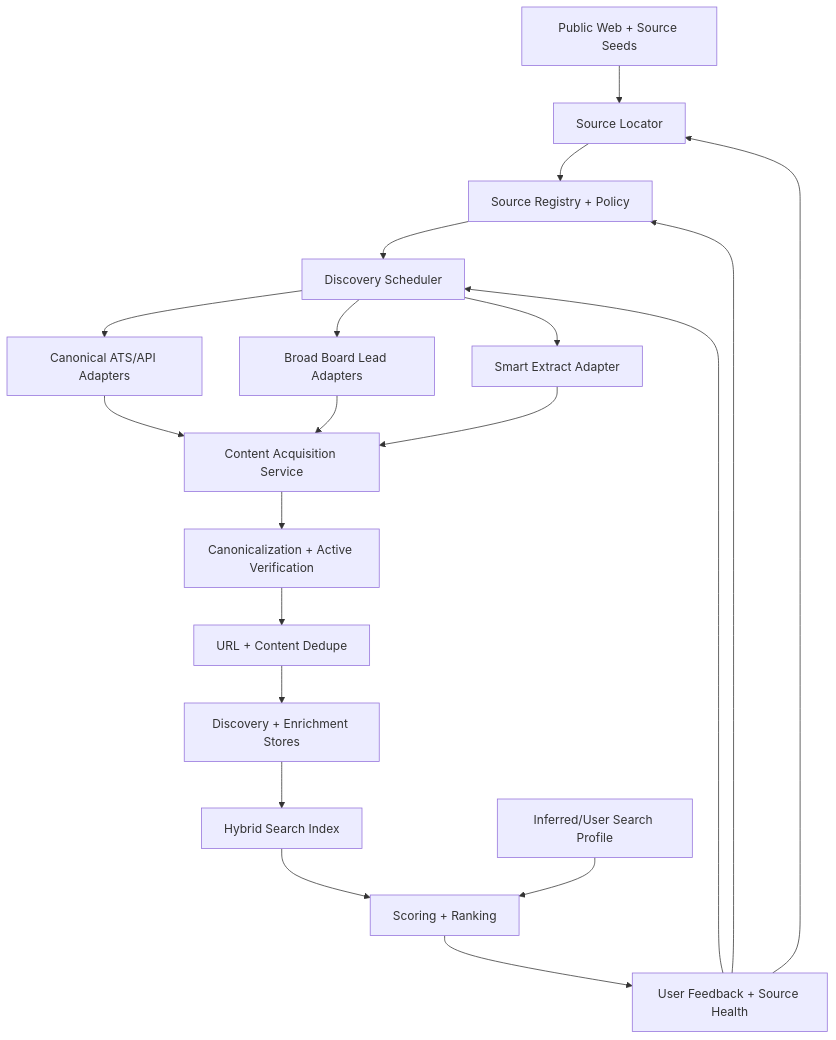
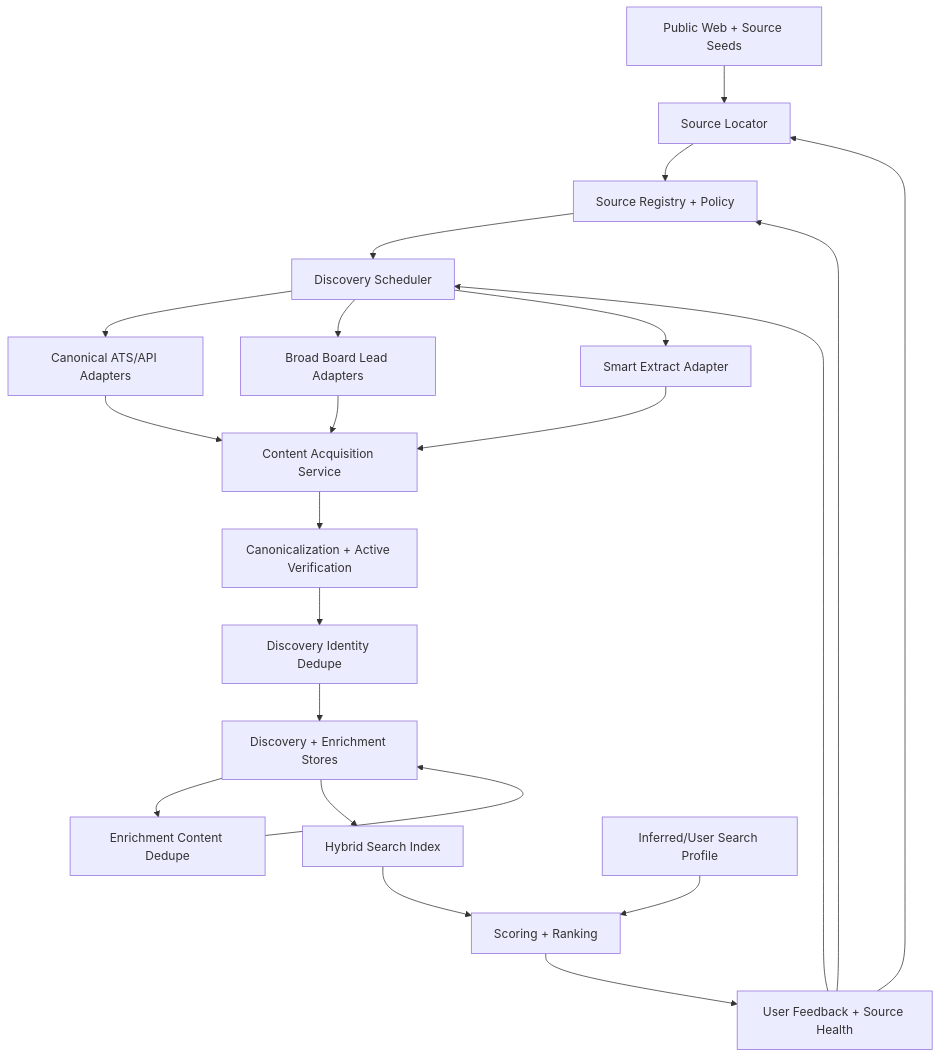
Before and after one commit to ebarti/JobCtrl: the diagram in docs/plans/proposed/2026-05-12-job-search-discovery-rfc.md, drawn with Mermaid. The commit also changed other lines of this file, not shown here.

````diff
--- a/docs/plans/proposed/2026-05-12-job-search-discovery-rfc.md
+++ b/docs/plans/proposed/2026-05-12-job-search-discovery-rfc.md
@@ -290,38 +290,41 @@
 ```mermaid
 flowchart TD
     Seeds["Public Web + Source Seeds"]
     Locator["Source Locator"]
     Registry["Source Registry + Policy"]
     Scheduler["Discovery Scheduler"]
     ATS["Canonical ATS/API Adapters"]
     Boards["Broad Board Lead Adapters"]
     Smart["Smart Extract Adapter"]
     Acquire["Content Acquisition Service"]
     Canon["Canonicalization + Active Verification"]
-    Dedup["URL + Content Dedupe"]
+    IdentityDedup["Discovery Identity Dedupe"]
+    ContentDedup["Enrichment Content Dedupe"]
     Store["Discovery + Enrichment Stores"]
     Index["Hybrid Search Index"]
     Profile["Inferred/User Search Profile"]
     Score["Scoring + Ranking"]
     Feedback["User Feedback + Source Health"]
 
     Seeds --> Locator
     Locator --> Registry
     Registry --> Scheduler
     Scheduler --> ATS
     Scheduler --> Boards
     Scheduler --> Smart
     ATS --> Acquire
     Boards --> Acquire
     Smart --> Acquire
     Acquire --> Canon
-    Canon --> Dedup
-    Dedup --> Store
+    Canon --> IdentityDedup
+    IdentityDedup --> Store
+    Store --> ContentDedup
+    ContentDedup --> Store
     Store --> Index
     Index --> Score
     Profile --> Score
     Score --> Feedback
     Feedback --> Locator
     Feedback --> Registry
     Feedback --> Scheduler
 ```
````
